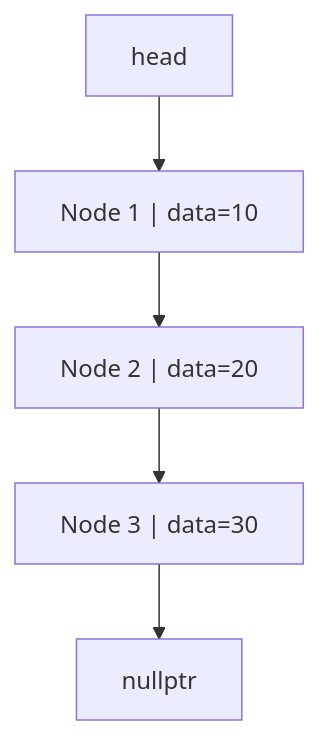
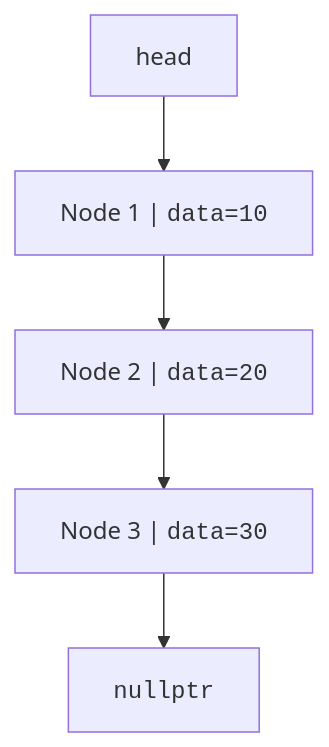
One commit to dataslope/dataslope changed the diagram in content/learn/mastering-dsa-cpp/linked-lists.mdx. Above: the diagram before and after it, drawn with Mermaid. The commit also changed 218 other files, not shown here.

First line of the commit message:
Render code-only mermaid shapes in monospace; convert step sequences to Steps (#467)

````diff
--- a/content/learn/mastering-dsa-cpp/linked-lists.mdx
+++ b/content/learn/mastering-dsa-cpp/linked-lists.mdx
@@ -32,7 +32,7 @@
 ```mermaid
 flowchart TD
-    H["head"] --> N1["Node 1 | data=10"]
-    N1 --> N2["Node 2 | data=20"]
-    N2 --> N3["Node 3 | data=30"]
-    N3 --> Z["nullptr"]
+    H["head"] --> N1["Node 1 | <code>data=10</code>"]
+    N1 --> N2["Node 2 | <code>data=20</code>"]
+    N2 --> N3["Node 3 | <code>data=30</code>"]
+    N3 --> Z["<code>nullptr</code>"]
 ```
````
